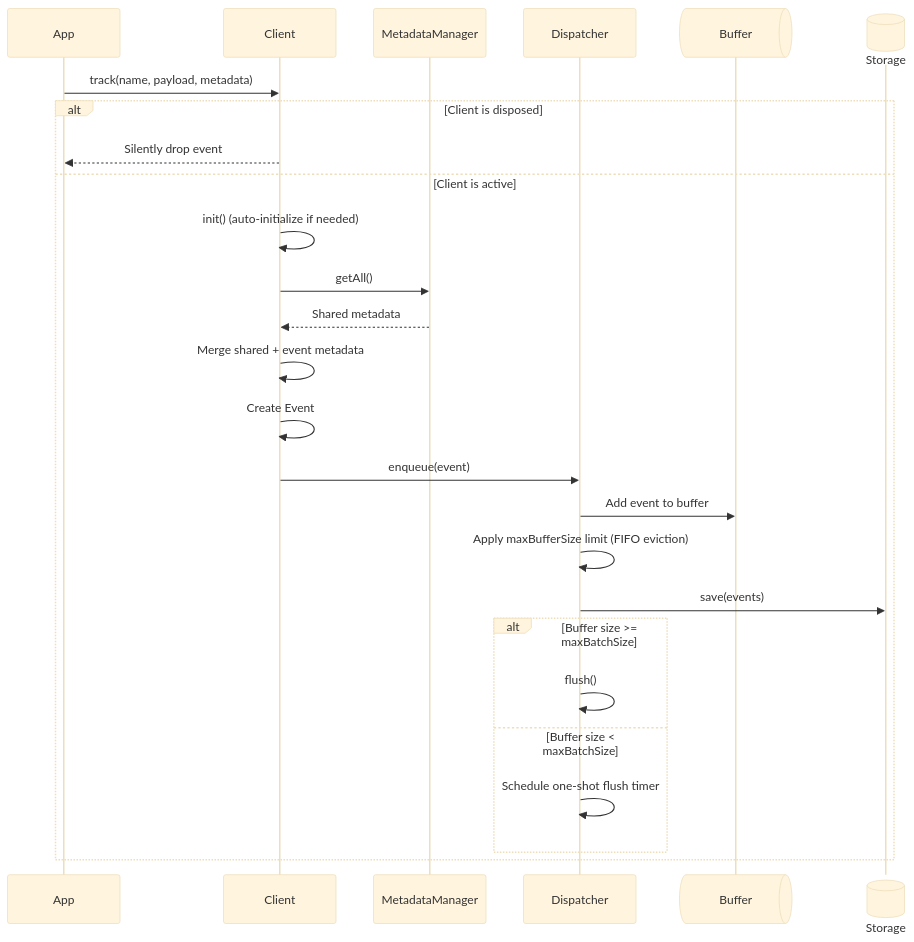
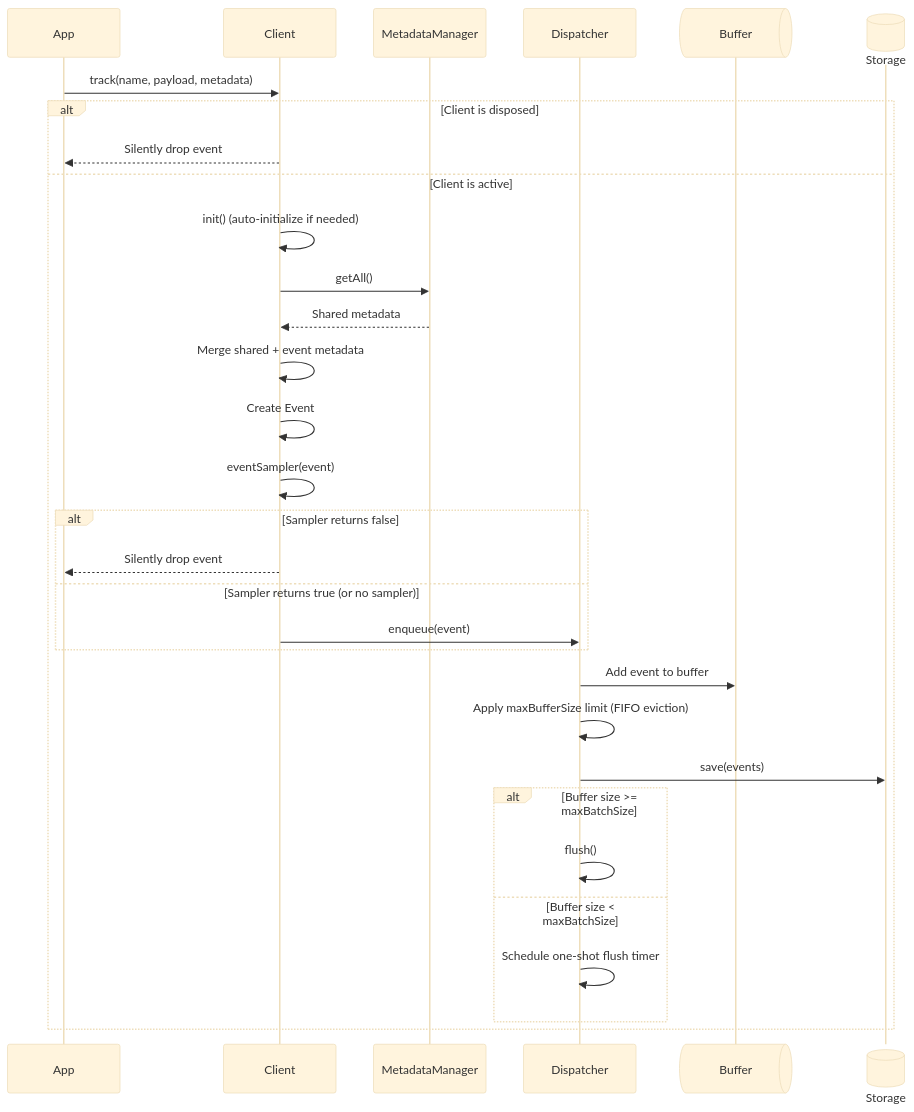
The second of 9 diagrams in DESIGN_AND_CONTRACTS.md (Tap30/ripple), drawn with Mermaid (base theme) before and after one commit. The commit also changed other lines of this file, not shown here.

Commit message:
Add eventSampler and update data structure details

````diff
--- a/DESIGN_AND_CONTRACTS.md
+++ b/DESIGN_AND_CONTRACTS.md
@@ -254,29 +255,34 @@
 ```mermaid
 sequenceDiagram
     participant App
     participant Client
     participant MetadataManager
     participant Dispatcher
     participant Buffer@{ "type" : "queue" }
     participant Storage@{ "type" : "database" }
 
     App->>Client: track(name, payload, metadata)
     alt Client is disposed
         Client-->>App: Silently drop event
     else Client is active
         Client->>Client: init() (auto-initialize if needed)
         Client->>MetadataManager: getAll()
         MetadataManager-->>Client: Shared metadata
         Client->>Client: Merge shared + event metadata
         Client->>Client: Create Event
-        Client->>Dispatcher: enqueue(event)
+        Client->>Client: eventSampler(event)
+        alt Sampler returns false
+            Client-->>App: Silently drop event
+        else Sampler returns true (or no sampler)
+            Client->>Dispatcher: enqueue(event)
+        end
         Dispatcher->>Buffer: Add event to buffer
         Dispatcher->>Dispatcher: Apply maxBufferSize limit (FIFO eviction)
         Dispatcher->>Storage: save(events)
         alt Buffer size >= maxBatchSize
             Dispatcher->>Dispatcher: flush()
         else Buffer size < maxBatchSize
             Dispatcher->>Dispatcher: Schedule one-shot flush timer
         end
     end
 ```
````
